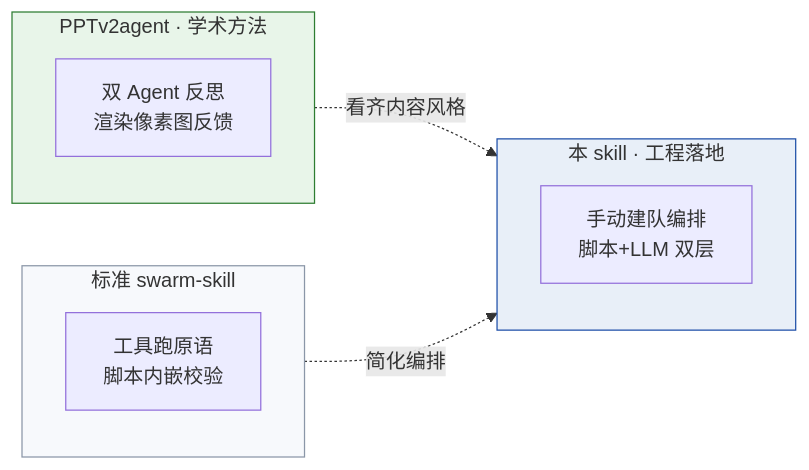
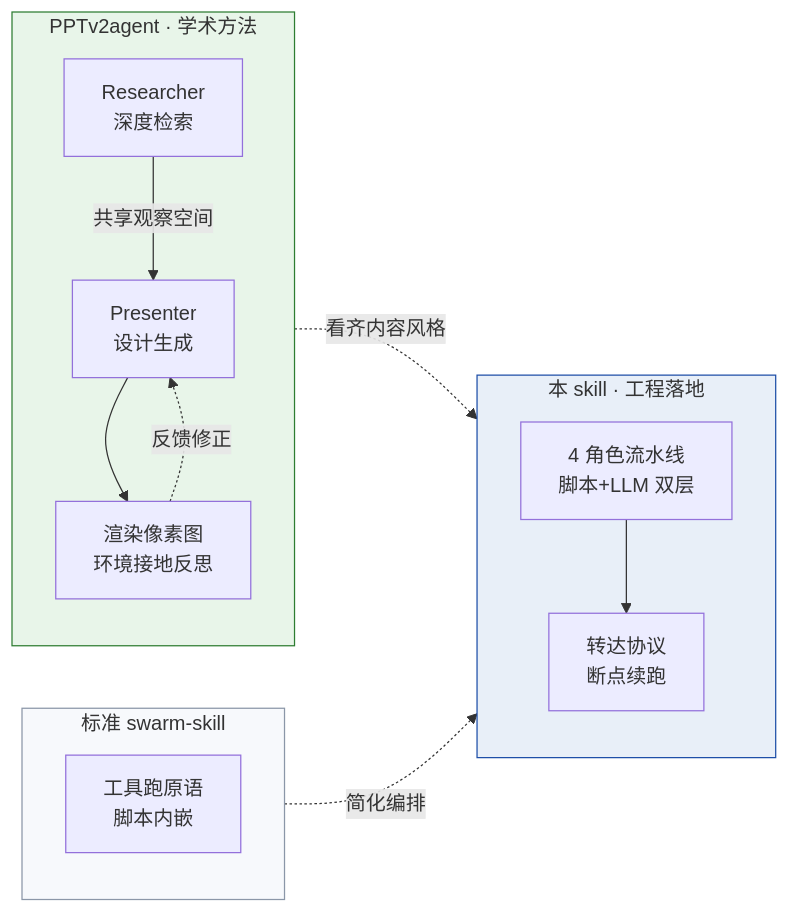
One commit to int2t05/internship changed the eighth of 13 diagrams in manuscript.md. Above: the diagram before and after it, drawn with Mermaid. The commit also changed other lines of this file and 3 other files, not shown here.

````diff
--- a/manuscript.md
+++ b/manuscript.md
@@ -318,20 +318,27 @@
 ```mermaid
 flowchart LR
-    subgraph A["PPTv2agent · 学术方法"]
-        A1["双 Agent 反思<br/>渲染像素图反馈"]
+    subgraph V["PPTv2agent · 学术方法"]
+        V1["Researcher<br/>深度检索"]
+        V2["Presenter<br/>设计生成"]
+        V3["渲染像素图<br/>环境接地反思"]
+        V1 -->|"共享观察空间"| V2
+        V2 --> V3
+        V3 -.->|"反馈修正"| V2
     end
-    subgraph B["标准 swarm-skill"]
-        B1["工具跑原语<br/>脚本内嵌校验"]
+    subgraph S["标准 swarm-skill"]
+        S1["工具跑原语<br/>脚本内嵌"]
     end
-    subgraph C["本 skill · 工程落地"]
-        C1["手动建队编排<br/>脚本+LLM 双层"]
+    subgraph O["本 skill · 工程落地"]
+        O1["4 角色流水线<br/>脚本+LLM 双层"]
+        O2["转达协议<br/>断点续跑"]
+        O1 --> O2
     end
-    A -.看齐内容风格.-> C
-    B -.简化编排.-> C
+    V -.看齐内容风格.-> O
+    S -.简化编排.-> O
     classDef sota fill:#E8F5E9,stroke:#2E7D32
     classDef std fill:#F7F9FC,stroke:#8B97A8
     classDef our fill:#E8EFF8,stroke:#1E4FA8
-    class A sota
-    class B std
-    class C our
+    class V sota
+    class S std
+    class O our
 ```
````
